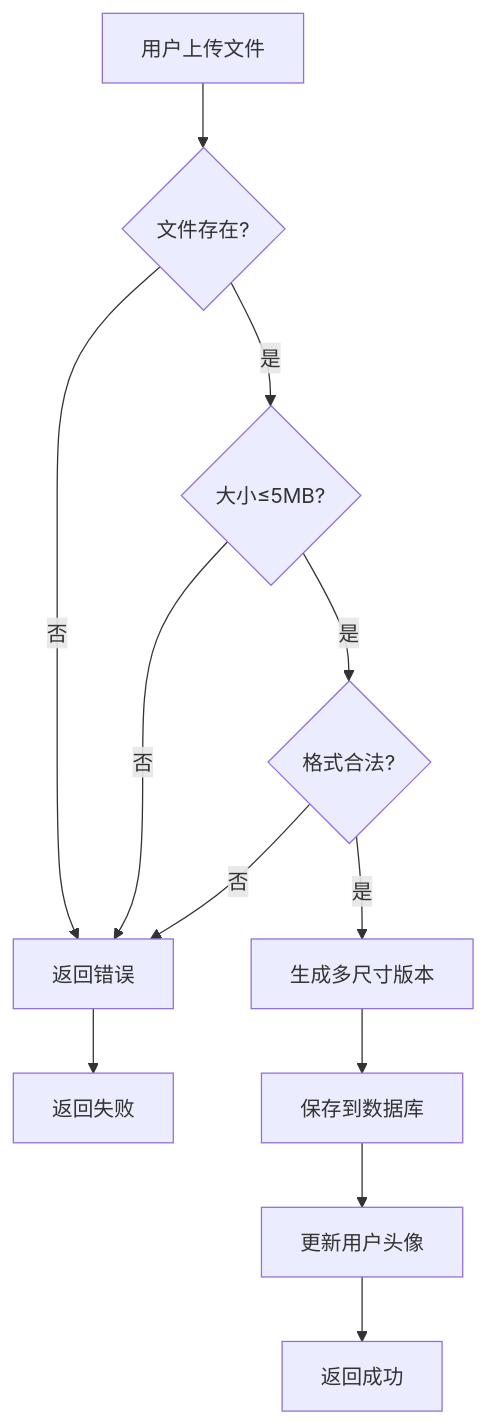
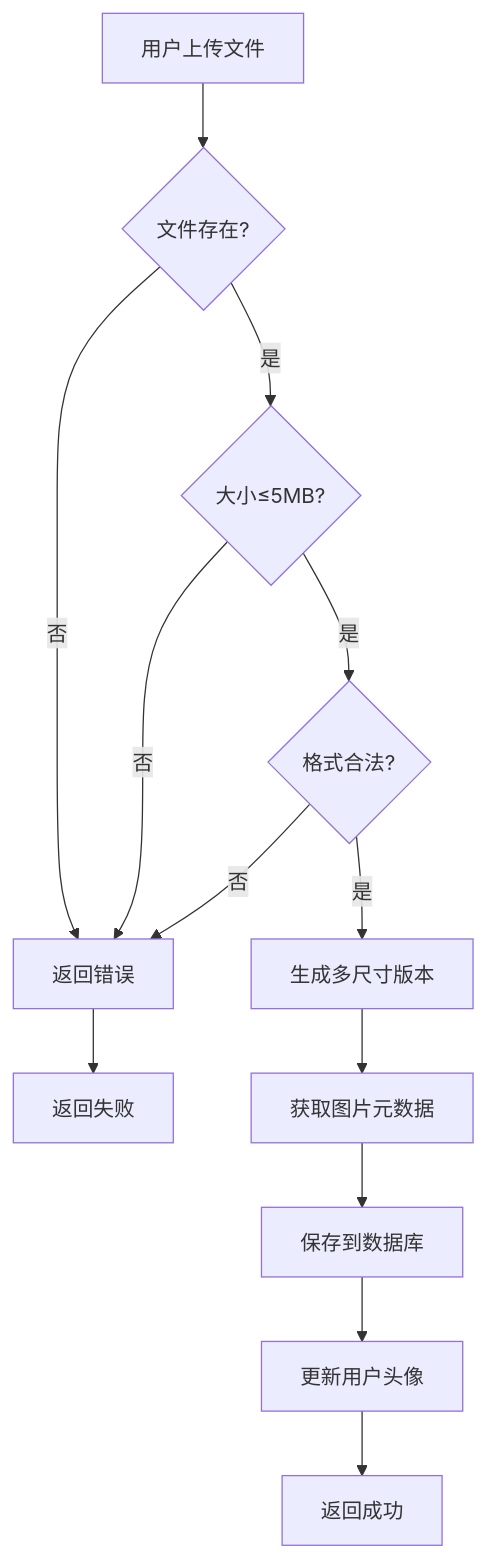
One commit to xingranya/CervixDetectAI changed the third of 4 diagrams in wiki/数据库设计/表结构/用户头像表 (user_avatars).md. Above: the diagram before and after it, drawn with Mermaid. The commit also changed other lines of this file and 7 other files, not shown here.

First line of the commit message:
docs(api): 更新头像API文档，新增图片元数据及尺寸字段

````diff
--- a/wiki/数据库设计/表结构/用户头像表 (user_avatars).md
+++ b/wiki/数据库设计/表结构/用户头像表 (user_avatars).md
@@ -110,14 +123,15 @@
 ```mermaid
 flowchart TD
 A[用户上传文件] --> B{文件存在?}
 B --> |否| C[返回错误]
 B --> |是| D{大小≤5MB?}
 D --> |否| C
 D --> |是| E{格式合法?}
 E --> |否| C
 E --> |是| F[生成多尺寸版本]
-F --> G[保存到数据库]
-G --> H[更新用户头像]
-H --> I[返回成功]
-C --> J[返回失败]
+F --> G[获取图片元数据]
+G --> H[保存到数据库]
+H --> I[更新用户头像]
+I --> J[返回成功]
+C --> K[返回失败]
 ```
````
